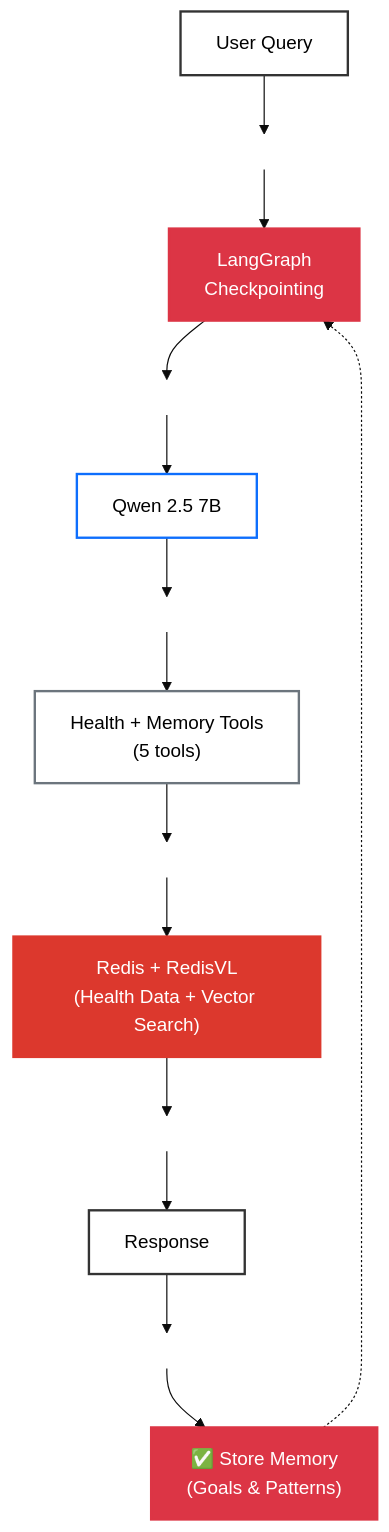
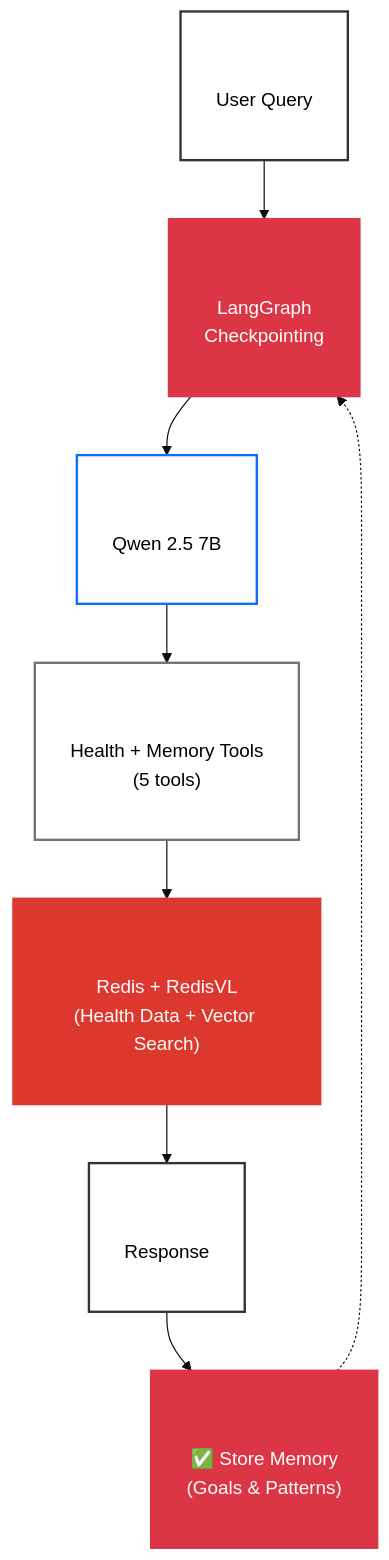
Before and after one commit to AllieRays/redis-wellness: the second of 2 diagrams in README.md, drawn with Mermaid (base theme). The commit also changed other lines of this file and 7 other files, not shown here.

Commit message:
Expand Mermaid diagrams with padding and min-height for visibility

````diff
--- a/README.md
+++ b/README.md
@@ -128,38 +117,25 @@
 ```mermaid
 flowchart TD
-    T1["User Query"]:::query
-    T2[" "]:::spacer
-    T3["LangGraph<br/>Checkpointing"]:::memory
-    T4[" "]:::spacer
-    T5["Qwen 2.5 7B"]:::llm
-    T6[" "]:::spacer
-    T7["Health + Memory Tools<br/>(5 tools)"]:::tool
-    T8[" "]:::spacer
-    T9["Redis + RedisVL<br/>(Health Data + Vector Search)"]:::redis
-    T10[" "]:::spacer
-    T11["Response"]:::response
-    T12[" "]:::spacer
-    T13["✅ Store Memory<br/>(Goals & Patterns)"]:::memory
+    T1["<br/><br/>User Query<br/><br/>"]:::query
+    T2["<br/><br/>LangGraph<br/>Checkpointing<br/><br/>"]:::memory
+    T3["<br/><br/>Qwen 2.5 7B<br/><br/>"]:::llm
+    T4["<br/><br/>Health + Memory Tools<br/>(5 tools)<br/><br/>"]:::tool
+    T5["<br/><br/>Redis + RedisVL<br/>(Health Data + Vector Search)<br/><br/>"]:::redis
+    T6["<br/><br/>Response<br/><br/>"]:::response
+    T7["<br/><br/>✅ Store Memory<br/>(Goals & Patterns)<br/><br/>"]:::memory
 
     T1 --> T2
     T2 --> T3
     T3 --> T4
     T4 --> T5
     T5 --> T6
     T6 --> T7
-    T7 --> T8
-    T8 --> T9
-    T9 --> T10
-    T10 --> T11
-    T11 --> T12
-    T12 --> T13
-    T13 -.-> T3
+    T7 -.-> T2
 
     classDef query fill:#fff,stroke:#333,stroke-width:2px,color:#000
     classDef llm fill:#fff,stroke:#0d6efd,stroke-width:2px,color:#000
     classDef tool fill:#fff,stroke:#6c757d,stroke-width:2px,color:#000
     classDef redis fill:#dc382d,stroke:#dc382d,stroke-width:2px,color:#fff
     classDef response fill:#fff,stroke:#333,stroke-width:2px,color:#000
     classDef memory fill:#dc3545,stroke:#dc3545,stroke-width:2px,color:#fff
-    classDef spacer fill:none,stroke:none,color:transparent
 ```
````
